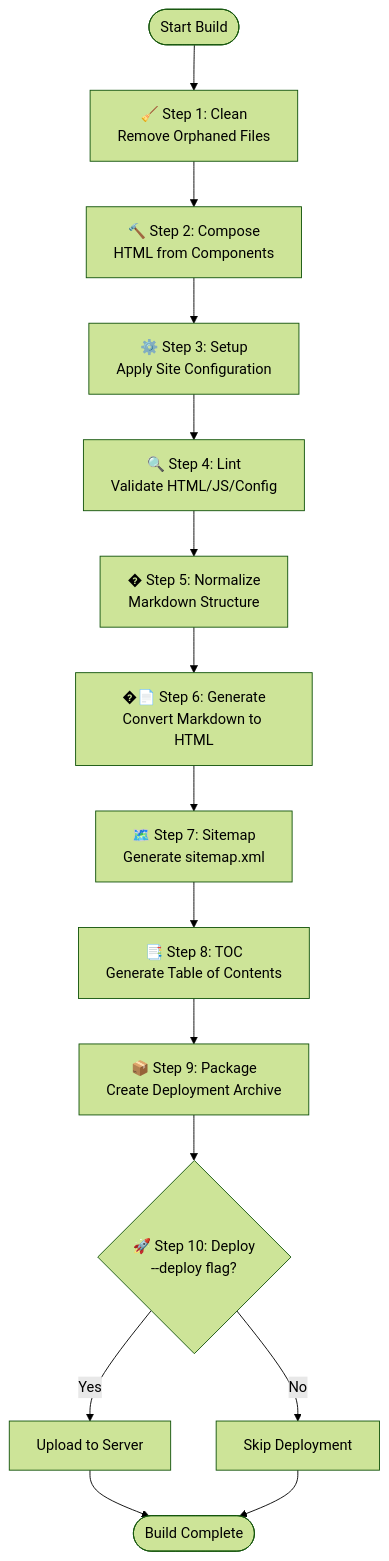
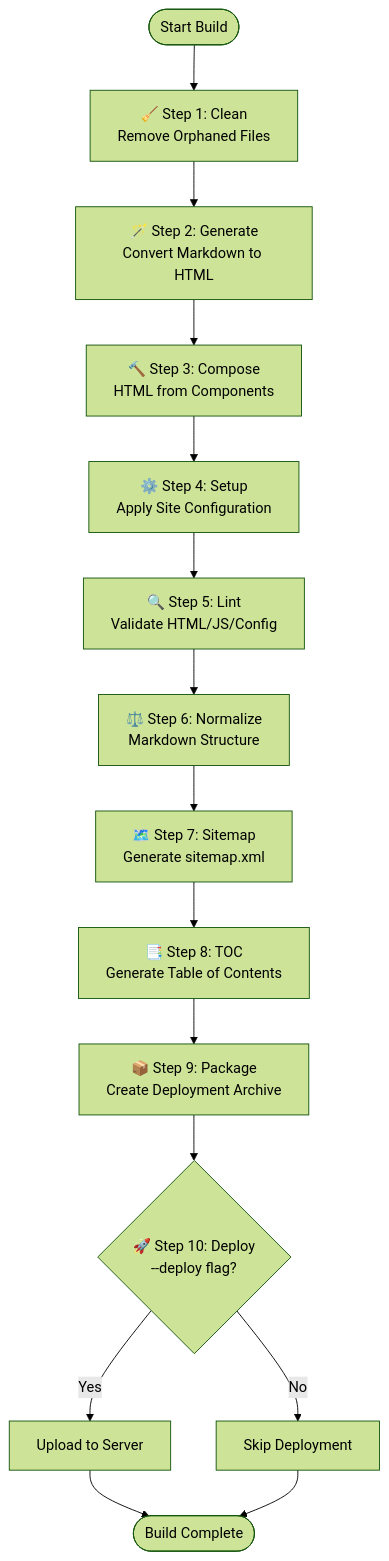
One commit to superguru/GAZTank changed the diagram in utils/README.md. Above: the diagram before and after it, drawn with Mermaid (forest theme). The commit also changed other lines of this file and 10 other files, not shown here.

Commit message:
Moved generate step to before compose for future include/composition functionality

````diff
--- a/utils/README.md
+++ b/utils/README.md
@@ -7,17 +9,17 @@
 ```mermaid
 graph TD
     Start([Start Build]) --> Step1[🧹 Step 1: Clean<br/>Remove Orphaned Files]
-    Step1 --> Step2[🔨 Step 2: Compose<br/>HTML from Components]
-    Step2 --> Step3[⚙️ Step 3: Setup<br/>Apply Site Configuration]
-    Step3 --> Step4[🔍 Step 4: Lint<br/>Validate HTML/JS/Config]
-    Step4 --> Step5[� Step 5: Normalize<br/>Markdown Structure]
-    Step5 --> Step6[�📄 Step 6: Generate<br/>Convert Markdown to HTML]
+    Step1 --> Step2[🪄 Step 2: Generate<br/>Convert Markdown to HTML]
+    Step2 --> Step3[🔨 Step 3: Compose<br/>HTML from Components]
+    Step3 --> Step4[⚙️ Step 4: Setup<br/>Apply Site Configuration]
+    Step4 --> Step5[🔍 Step 5: Lint<br/>Validate HTML/JS/Config]
+    Step5 --> Step6[⚖️ Step 6: Normalize<br/>Markdown Structure]
     Step6 --> Step7[🗺️ Step 7: Sitemap<br/>Generate sitemap.xml]
     Step7 --> Step8[📑 Step 8: TOC<br/>Generate Table of Contents]
     Step8 --> Step9[📦 Step 9: Package<br/>Create Deployment Archive]
     Step9 --> Step10{🚀 Step 10: Deploy<br/>--deploy flag?}
     Step10 -- Yes --> Deploy[Upload to Server]
     Step10 -- No --> Skip[Skip Deployment]
     Deploy --> End([Build Complete])
     Skip --> End
 ```
````
